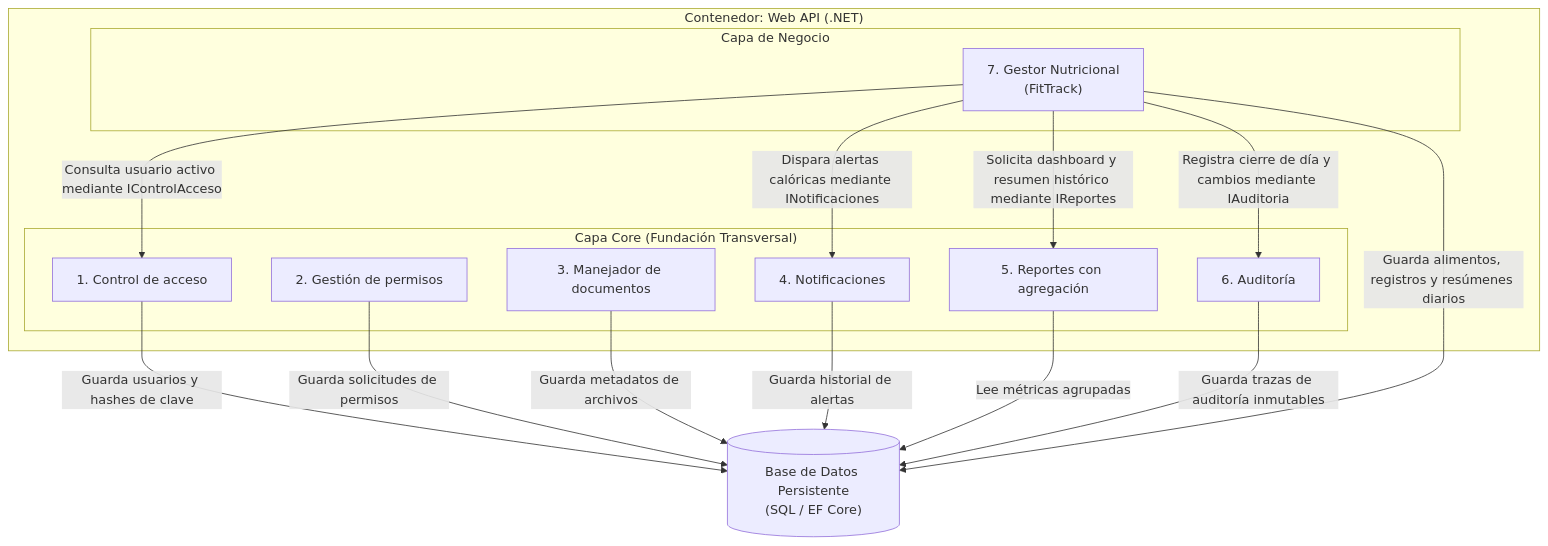
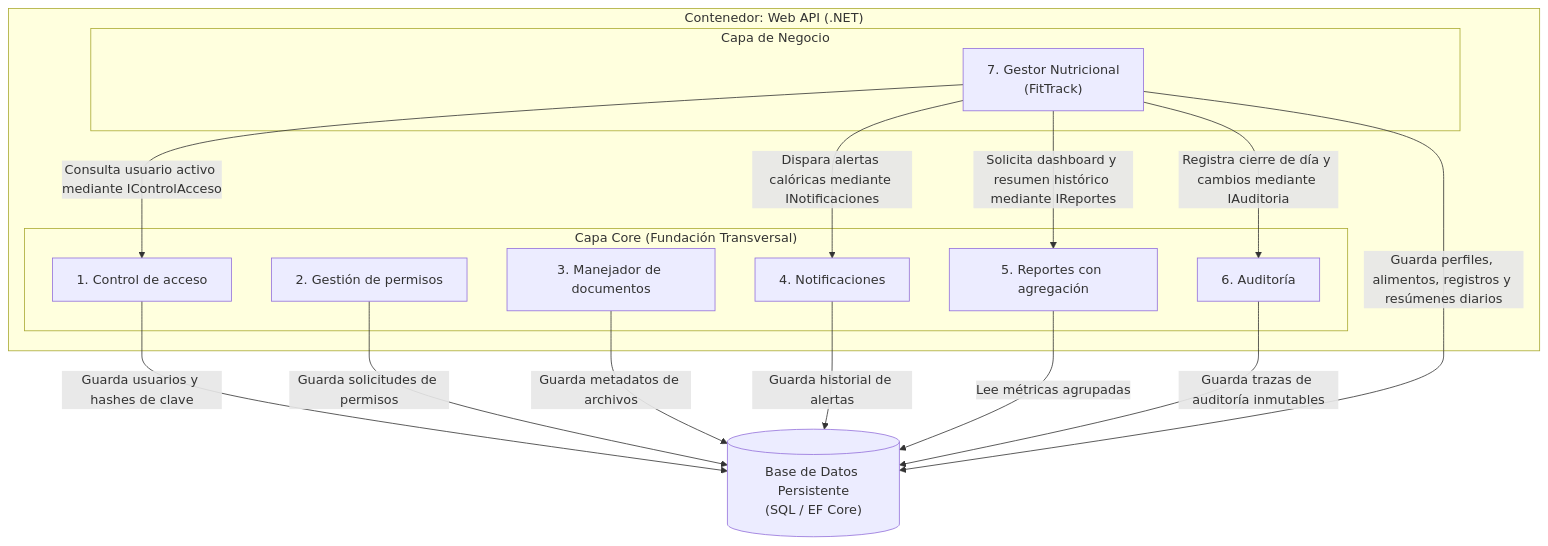
One commit to carlosgabrielcastellanossuriel-lgtm/FitTrack changed the second of 3 diagrams in README.md. Above: the diagram before and after it, drawn with Mermaid. The commit also changed other lines of this file, not shown here.

````diff
--- a/README.md
+++ b/README.md
@@ -129,36 +132,36 @@
 ```mermaid
 flowchart TB
     subgraph WebAPI ["Contenedor: Web API (.NET)"]
         
         subgraph Core ["Capa Core (Fundación Transversal)"]
             CA["1. Control de acceso"]
             GP["2. Gestión de permisos"]
             MD["3. Manejador de documentos"]
             N["4. Notificaciones"]
             RA["5. Reportes con agregación"]
             AUD["6. Auditoría"]
         end
 
         subgraph ModuloNegocio ["Capa de Negocio"]
             GN["7. Gestor Nutricional\n(FitTrack)"]
         end
 
     end
 
     DB[("Base de Datos Persistente\n(SQL / EF Core)")]
 
     %% Relaciones del Módulo hacia el Core (Dependencia en un solo sentido)
     GN -->|"Consulta usuario activo mediante IControlAcceso"| CA
     GN -->|"Dispara alertas calóricas mediante INotificaciones"| N
     GN -->|"Registra cierre de día y cambios mediante IAuditoria"| AUD
     GN -->|"Solicita dashboard y resumen histórico mediante IReportes"| RA
 
     %% Persistencia (Base de Datos fuera del contenedor)
     CA -->|"Guarda usuarios y hashes de clave"| DB
     GP -->|"Guarda solicitudes de permisos"| DB
     MD -->|"Guarda metadatos de archivos"| DB
     N -->|"Guarda historial de alertas"| DB
     RA -->|"Lee métricas agrupadas"| DB
     AUD -->|"Guarda trazas de auditoría inmutables"| DB
-    GN -->|"Guarda alimentos, registros y resúmenes diarios"| DB
+    GN -->|"Guarda perfiles, alimentos, registros y resúmenes diarios"| DB
 ```
````
